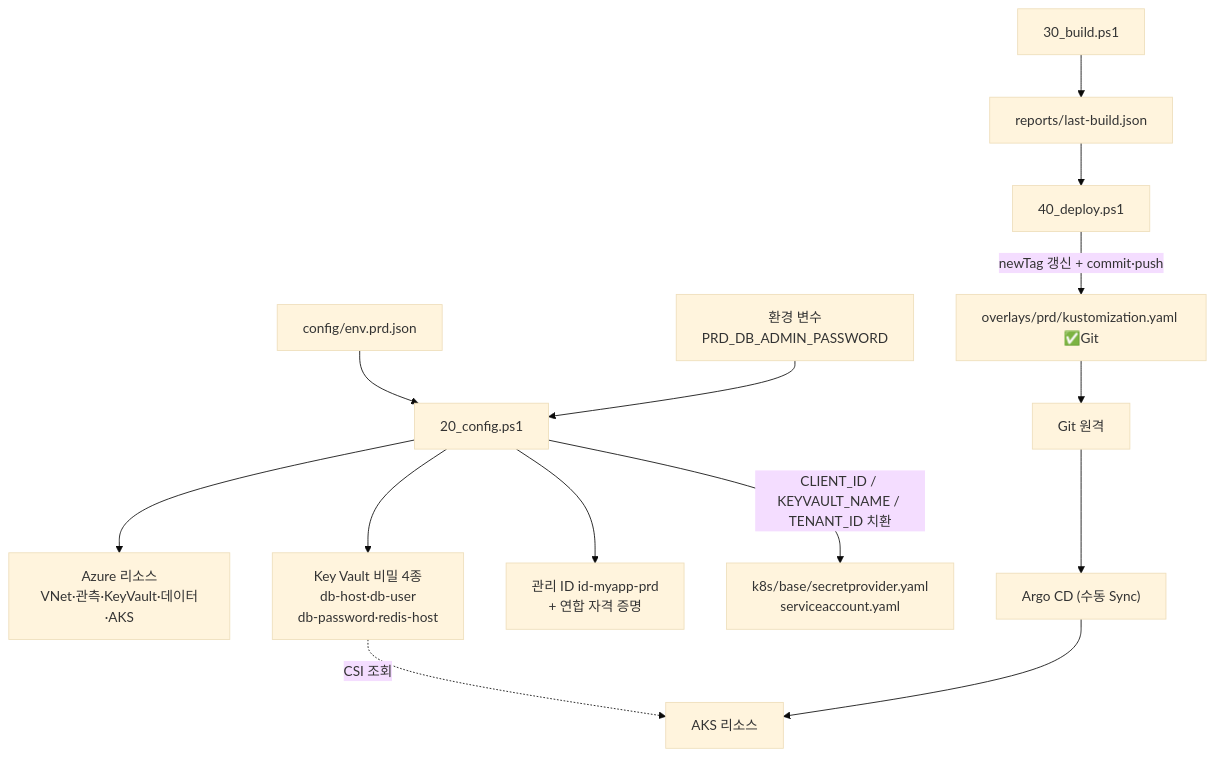
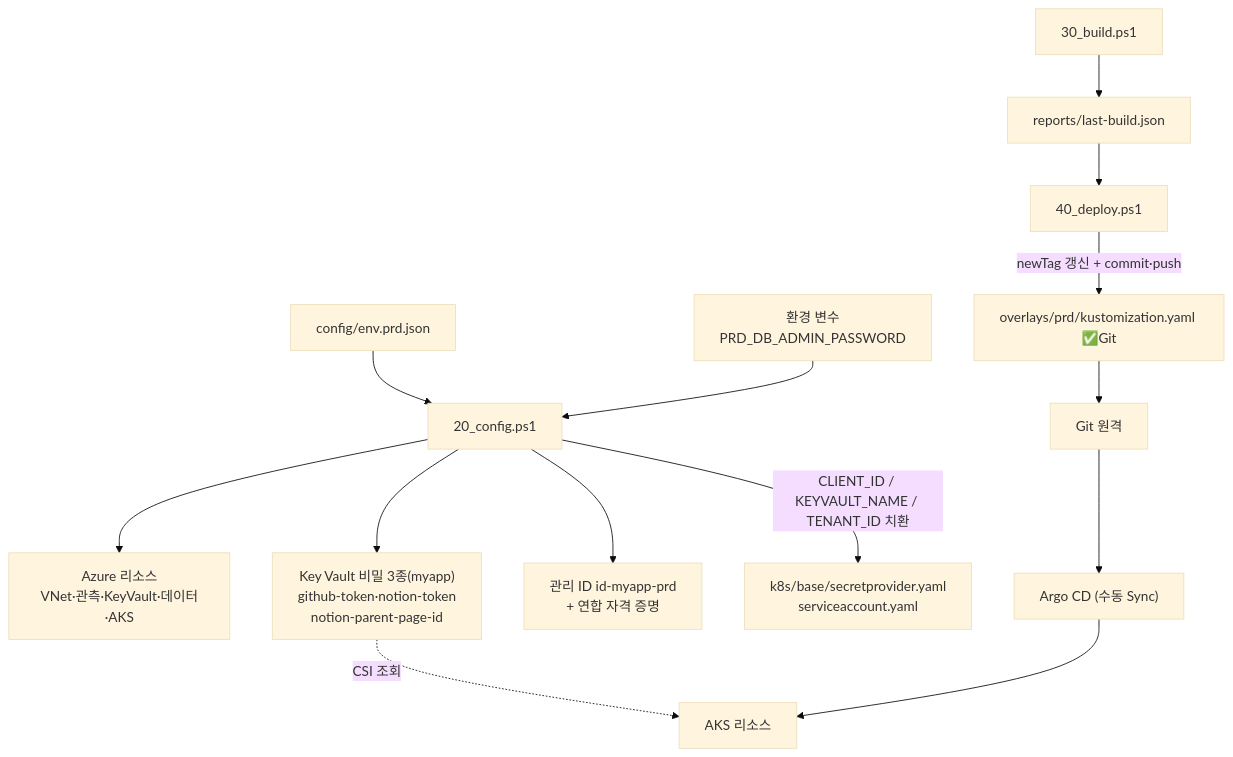
One commit to kyum22n/advanced-cloud-developer changed the first of 2 diagrams in 설계/prd/03_구성설계서_prd.md. Above: the diagram before and after it, drawn with Mermaid (base theme). The commit also changed other lines of this file and 591 other files, not shown here.

````diff
--- a/설계/prd/03_구성설계서_prd.md
+++ b/설계/prd/03_구성설계서_prd.md
@@ -11,16 +13,16 @@
 ```mermaid
 graph TB
     JSON["config/env.prd.json"] --> S20["20_config.ps1"]
     ENVV["환경 변수<br/>PRD_DB_ADMIN_PASSWORD"] --> S20
     S20 --> AZR["Azure 리소스<br/>VNet·관측·KeyVault·데이터·AKS"]
-    S20 --> KVS["Key Vault 비밀 4종<br/>db-host·db-user<br/>db-password·redis-host"]
+    S20 --> KVS["Key Vault 비밀 3종(myapp)<br/>github-token·notion-token<br/>notion-parent-page-id"]
     S20 --> MI["관리 ID id-myapp-prd<br/>+ 연합 자격 증명"]
     S20 -->|"CLIENT_ID / KEYVAULT_NAME / TENANT_ID 치환"| SPCF["k8s/base/secretprovider.yaml<br/>serviceaccount.yaml"]
 
     S30["30_build.ps1"] --> LBJ["reports/last-build.json"]
     LBJ --> S40["40_deploy.ps1"]
     S40 -->|"newTag 갱신 + commit·push"| OV["overlays/prd/kustomization.yaml ✅Git"]
     OV --> GIT["Git 원격"] --> ARGO["Argo CD (수동 Sync)"]
     ARGO --> K8S["AKS 리소스"]
     KVS -.CSI 조회.-> K8S
 ```
````
